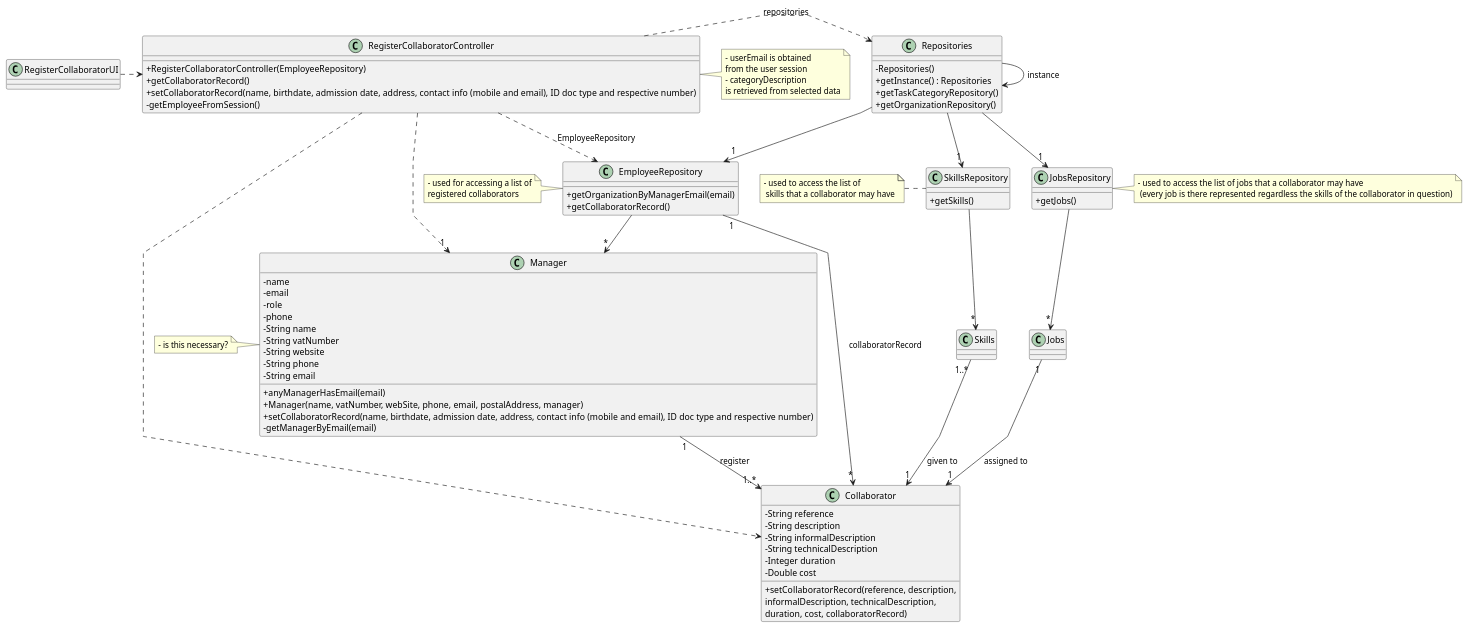
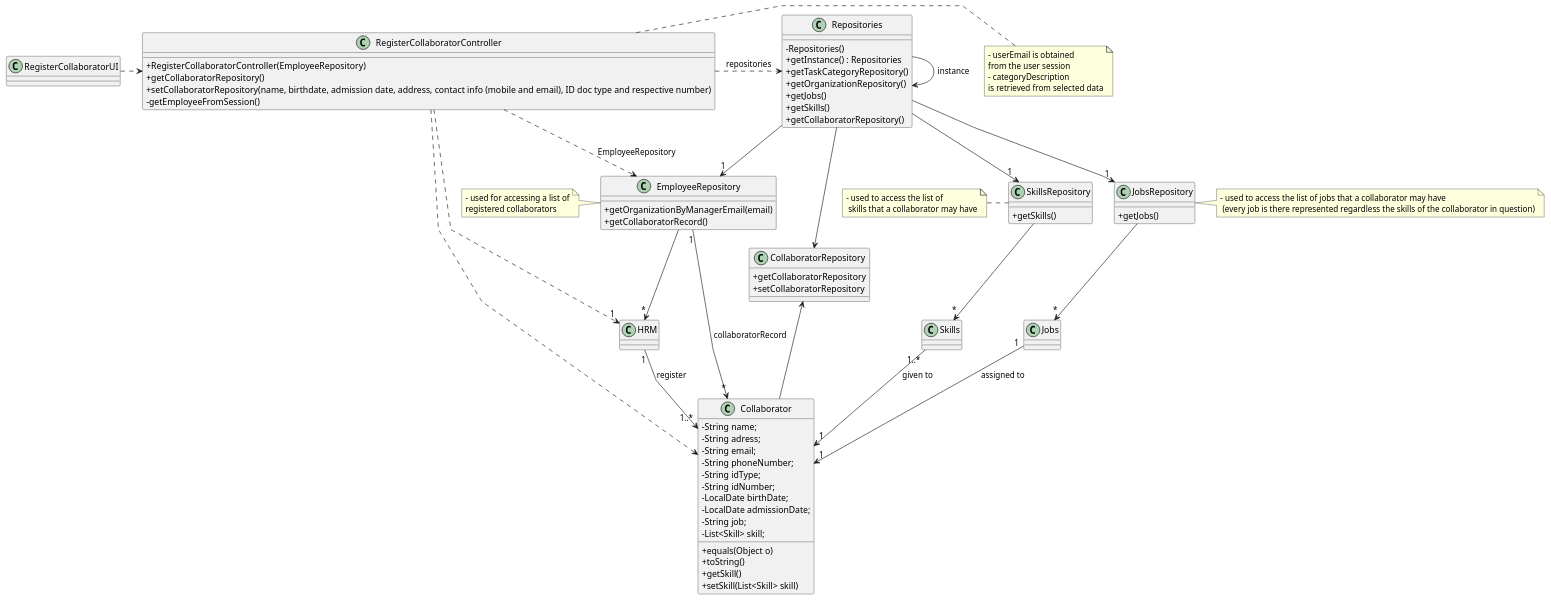
The diagram in docs/sprint B/us003/03.design/puml/us03-class-diagram.puml (Departamento-de-Engenharia-Informatica/lei-24-s2-1df-1de-g063), drawn with PlantUML before and after one commit. The commit also changed 2 other files, not shown here.

```diff
--- a/docs/sprint B/us003/03.design/puml/us03-class-diagram.puml
+++ b/docs/sprint B/us003/03.design/puml/us03-class-diagram.puml
@@ -1,127 +1,118 @@
 @startuml
 'skinparam monochrome true
 skinparam packageStyle rectangle
 skinparam shadowing false
 skinparam linetype polyline
 'skinparam linetype orto
 
 skinparam classAttributeIconSize 0
 
 'left to right direction
 
+class Collaborator {
+     -String name;
+     -String adress;
+     -String email;
+     -String phoneNumber;
+     -String idType;
+     -String idNumber;
+     -LocalDate birthDate;
+     -LocalDate admissionDate;
+     -String job;
+     -List<Skill> skill;
 
-class Manager {
-    - name
-    - email
-    - role
-    - phone
-}
-
-class Collaborator {
-    - String reference
-    - String description
-    - String informalDescription
-    - String technicalDescription
-    - Integer duration
-    - Double cost
-
-    + setCollaboratorRecord(reference, description,\ninformalDescription, technicalDescription,\nduration, cost, collaboratorRecord)
+     +equals(Object o)
+     +toString()
+     +getSkill()
+     +setSkill(List<Skill> skill)
 }
 
 
-class Manager {
-    - String name
-    - String vatNumber
-    - String website
-    - String phone
-    - String email
+class HRM{}
+class Skills{}
+class CollaboratorRepository{
 
-    + anyManagerHasEmail(email)
-    + Manager(name, vatNumber, webSite, phone, email, postalAddress, manager)
-    + setCollaboratorRecord(name, birthdate, admission date, address, contact info (mobile and email), ID doc type and respective number)
-    - getManagerByEmail(email)
 
-'  +saveTask(task)
++getCollaboratorRepository
++setCollaboratorRepository
 }
-class Skills{}
 class SkillsRepository{
     +getSkills()
 }
 class Jobs{}
 class JobsRepository{
     +getJobs()
 }
 note left of SkillsRepository
     - used to access the list of
      skills that a collaborator may have
 end note
 note right of JobsRepository
     - used to access the list of jobs that a collaborator may have
      (every job is there represented regardless the skills of the collaborator in question)
 end note
 
 class EmployeeRepository {
     + getOrganizationByManagerEmail(email)
     + getCollaboratorRecord()
 }
 
 class Repositories {
     - Repositories()
     + getInstance() : Repositories
     + getTaskCategoryRepository()
     + getOrganizationRepository()
+    +getJobs()
+    +getSkills()
+    +getCollaboratorRepository()
 }
 
 class RegisterCollaboratorController {
     + RegisterCollaboratorController(EmployeeRepository)
-    + getCollaboratorRecord()
-    + setCollaboratorRecord(name, birthdate, admission date, address, contact info (mobile and email), ID doc type and respective number)
+    + getCollaboratorRepository()
+    + setCollaboratorRepository(name, birthdate, admission date, address, contact info (mobile and email), ID doc type and respective number)
     - getEmployeeFromSession()
 }
 
 note right of RegisterCollaboratorController
     - userEmail is obtained
     from the user session
     - categoryDescription
     is retrieved from selected data
 end note
 
 note left of EmployeeRepository
     - used for accessing a list of
     registered collaborators
 end note
 
-
-note left of Manager
-    - is this necessary?
-end note
-
 class RegisterCollaboratorUI {
 }
 
 Repositories -> Repositories : instance
 
 RegisterCollaboratorUI .> RegisterCollaboratorController
 
 RegisterCollaboratorController .> Repositories : repositories
 
 RegisterCollaboratorController ..> Collaborator
 RegisterCollaboratorController ..> EmployeeRepository : EmployeeRepository
 
 Repositories --> "1" EmployeeRepository
+Repositories --> CollaboratorRepository
+CollaboratorRepository <-- Collaborator
+EmployeeRepository --> "*" HRM
 
-EmployeeRepository --> "*" Manager
-
-RegisterCollaboratorController ..> "1" Manager
+RegisterCollaboratorController ..> "1" HRM
 
 EmployeeRepository "1" --> "*" Collaborator : collaboratorRecord
-Manager "1" --> "1..*" Collaborator : register
+HRM "1" --> "1..*" Collaborator : register
 
 Repositories --> "1" SkillsRepository
 Repositories --> "1" JobsRepository
 SkillsRepository --> "*"Skills
 JobsRepository --> "*"Jobs
 Skills "1..*" --> "1" Collaborator : given to
 Jobs "1"--> "1" Collaborator : assigned to
 
 @enduml
```
